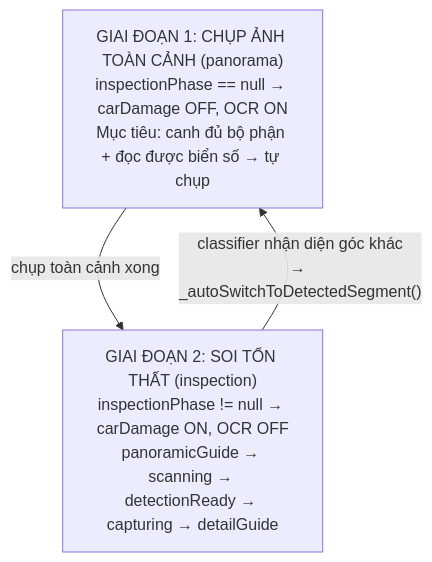
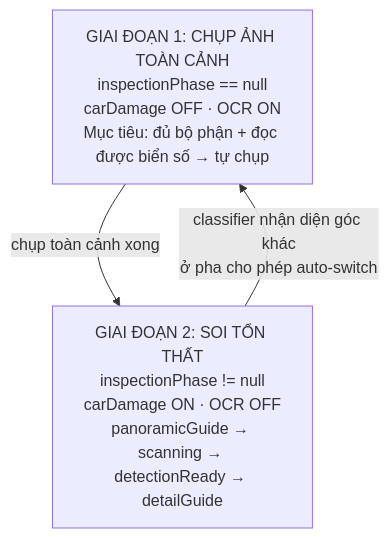
One commit to Aicycle-Insurance/aicycle_on_device changed the first of 9 diagrams in CAMERA_CONTROLLER.md. Above: the diagram before and after it, drawn with Mermaid. The commit also changed other lines of this file and 3 other files, not shown here.

Commit message:
fix: update inspection phase timing and tooltip display duration

````diff
--- a/CAMERA_CONTROLLER.md
+++ b/CAMERA_CONTROLLER.md
@@ -82,7 +16,8 @@
 ```mermaid
 flowchart TD
-    A["GIAI ĐOẠN 1: CHỤP ẢNH TOÀN CẢNH (panorama)<br/>inspectionPhase == null → carDamage OFF, OCR ON<br/>Mục tiêu: canh đủ bộ phận + đọc được biển số → tự chụp"]
-    B["GIAI ĐOẠN 2: SOI TỔN THẤT (inspection)<br/>inspectionPhase != null → carDamage ON, OCR OFF<br/>panoramicGuide → scanning → detectionReady → capturing → detailGuide"]
+    A["GIAI ĐOẠN 1: CHỤP ẢNH TOÀN CẢNH<br/>inspectionPhase == null<br/>carDamage OFF · OCR ON<br/>Mục tiêu: đủ bộ phận + đọc được biển số → tự chụp"]
+    B["GIAI ĐOẠN 2: SOI TỔN THẤT<br/>inspectionPhase != null<br/>carDamage ON · OCR OFF<br/>panoramicGuide → scanning → detectionReady → detailGuide"]
+
     A -->|"chụp toàn cảnh xong"| B
-    B -->|"classifier nhận diện góc khác<br/>→ _autoSwitchToDetectedSegment()"| A
+    B -->|"classifier nhận diện góc khác<br/>ở pha cho phép auto-switch"| A
 ```
````
